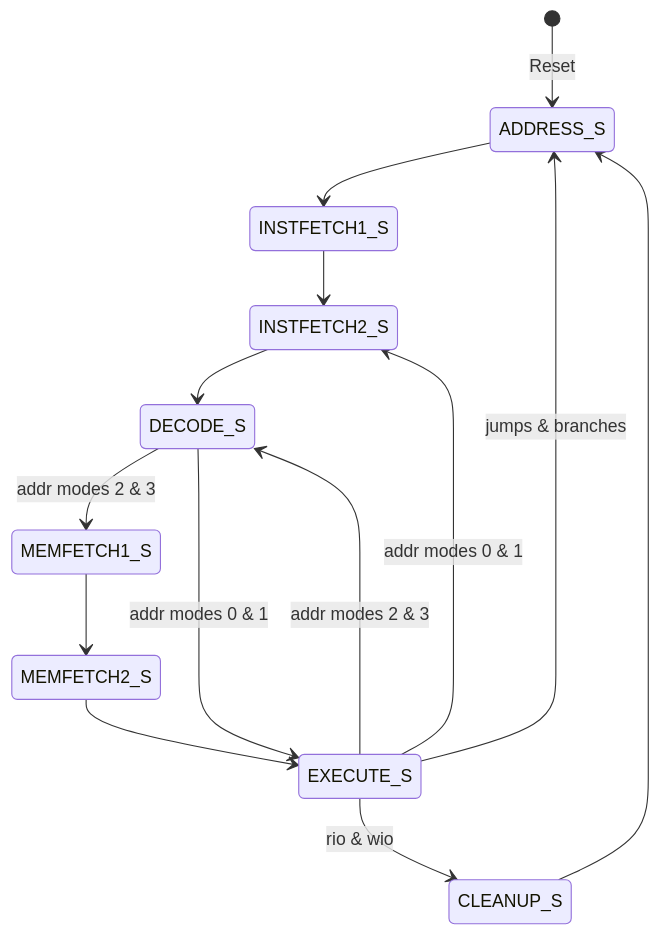
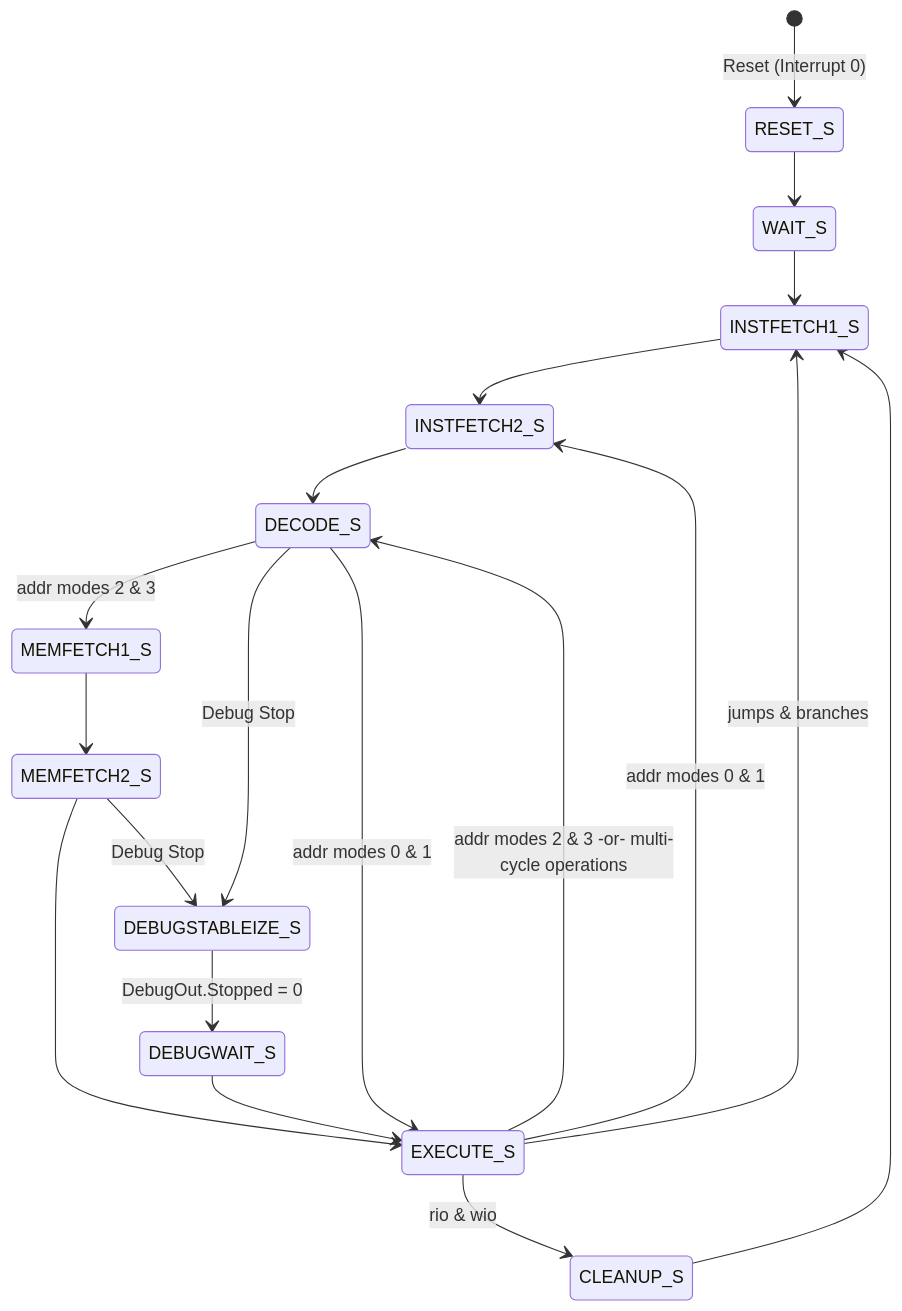
The second of 7 diagrams in Readme.md (cas-mls/cpu2), drawn with Mermaid before and after one commit. The commit also changed other lines of this file, not shown here.

Commit message:
Readme - State Diagram it updated.

````diff
--- a/Readme.md
+++ b/Readme.md
@@ -256,17 +258,24 @@
 ```mermaid
 stateDiagram
-    [*] --> ADDRESS_S : Reset
-    ADDRESS_S --> INSTFETCH1_S
+    [*] --> RESET_S : Reset (Interrupt 0)
+    RESET_S --> WAIT_S
     INSTFETCH1_S --> INSTFETCH2_S
     INSTFETCH2_S --> DECODE_S
     DECODE_S --> MEMFETCH1_S : addr modes 2 & 3
     MEMFETCH1_S --> MEMFETCH2_S
     MEMFETCH2_S --> EXECUTE_S
+    MEMFETCH2_S --> DEBUGSTABLEIZE_S : Debug Stop
+    DECODE_S --> DEBUGSTABLEIZE_S : Debug Stop
     DECODE_S --> EXECUTE_S : addr modes 0 & 1
-    EXECUTE_S --> ADDRESS_S : jumps & branches
+    EXECUTE_S --> INSTFETCH1_S : jumps & branches
     EXECUTE_S --> CLEANUP_S : rio & wio
-    EXECUTE_S --> DECODE_S : addr modes 2 & 3
+    EXECUTE_S --> DECODE_S : addr modes 2 & 3 -or- multi-cycle operations
     EXECUTE_S --> INSTFETCH2_S : addr modes 0 & 1
-    CLEANUP_S --> ADDRESS_S
+    CLEANUP_S --> INSTFETCH1_S
+    %%WAIT_S --> WAIT_S
+    WAIT_S --> INSTFETCH1_S
     
+    
+    DEBUGSTABLEIZE_S --> DEBUGWAIT_S : DebugOut.Stopped = 0
+    DEBUGWAIT_S --> EXECUTE_S
 ```
````
